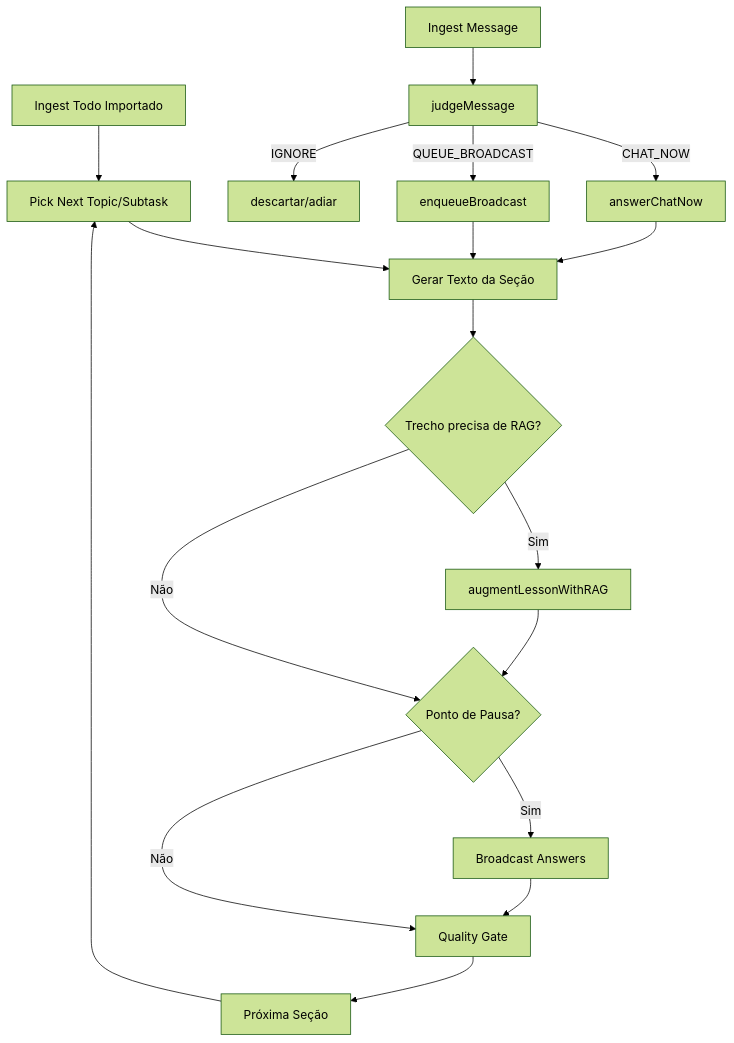
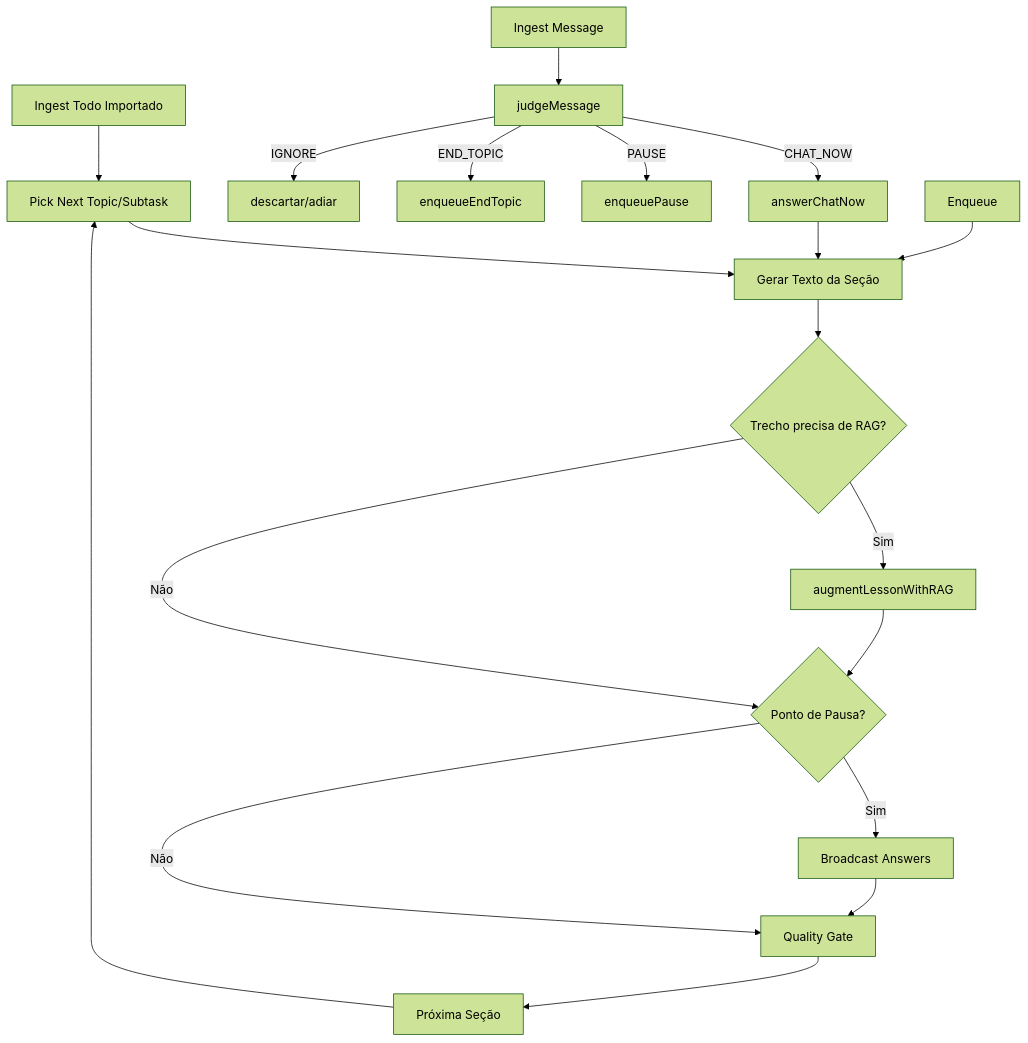
The second of 2 diagrams in docs/design/sistema-agentic-treinamento.md (jowpereira/ai-tutor-avatar), drawn with Mermaid (forest theme) before and after one commit. The commit also changed other lines of this file and 97 other files, not shown here.

````diff
--- a/docs/design/sistema-agentic-treinamento.md
+++ b/docs/design/sistema-agentic-treinamento.md
@@ -122,23 +122,24 @@
 ```mermaid
 flowchart TD
   Ingest[Ingest Todo Importado] --> Pick[Pick Next Topic/Subtask]
   Pick --> Teach[Gerar Texto da Seção]
   Teach --> AugRAG{Trecho precisa de RAG?}
   AugRAG -- Sim --> Ground[augmentLessonWithRAG]
   Ground --> Pause{Ponto de Pausa?}
   AugRAG -- Não --> Pause
   Pause -- Sim --> QABlock[Broadcast Answers]
   QABlock --> Verify[Quality Gate]
   Pause -- Não --> Verify
   Verify --> Next[Próxima Seção]
   Next --> Pick
 
   %% Canal paralelo de chat
   ChatIn[Ingest Message] --> Judge[judgeMessage]
   Judge -->|CHAT_NOW| ChatAns[answerChatNow]
-  Judge -->|QUEUE_BROADCAST| Enqueue[enqueueBroadcast]
+  Judge -->|PAUSE| EnqueuePause[enqueuePause]
+  Judge -->|END_TOPIC| EnqueueEnd[enqueueEndTopic]
   Judge -->|IGNORE| Sink[descartar/adiar]
 
   ChatAns --> Teach
   Enqueue --> Teach
 ```
````
